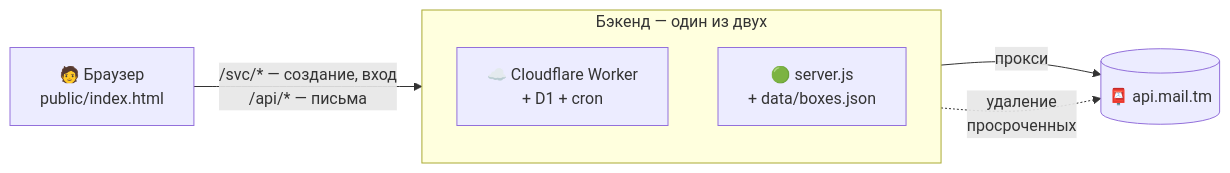
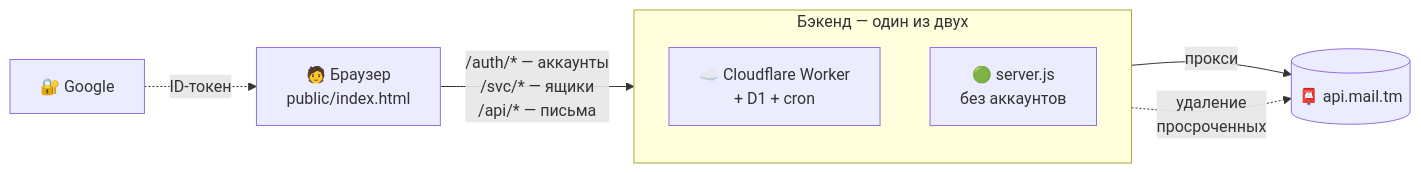
Before and after one commit to wilberods-coder/temp-mail: the diagram in README.md, drawn with Mermaid. The commit also changed other lines of this file and 9 other files, not shown here.

````diff
--- a/README.md
+++ b/README.md
@@ -140,10 +155,11 @@
 ```mermaid
 flowchart LR
-    U["🧑 Браузер<br/>public/index.html"] -- "/svc/* — создание, вход<br/>/api/* — письма" --> B
+    U["🧑 Браузер<br/>public/index.html"] -- "/auth/* — аккаунты<br/>/svc/* — ящики<br/>/api/* — письма" --> B
+    G["🔐 Google"] -. "ID-токен" .-> U
     subgraph B ["Бэкенд — один из двух"]
         W["☁️ Cloudflare Worker<br/>+ D1 + cron"]
-        S["🟢 server.js<br/>+ data/boxes.json"]
+        S["🟢 server.js<br/>без аккаунтов"]
     end
     B -- "прокси" --> M[("📮 api.mail.tm")]
     B -. "удаление<br/>просроченных" .-> M
 ```
````
